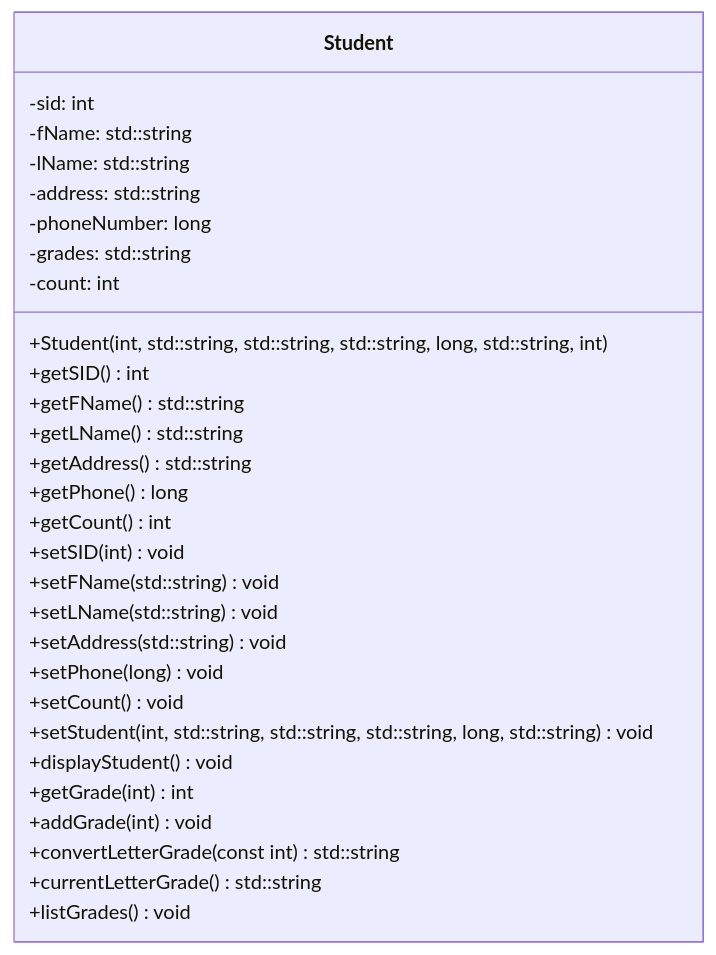
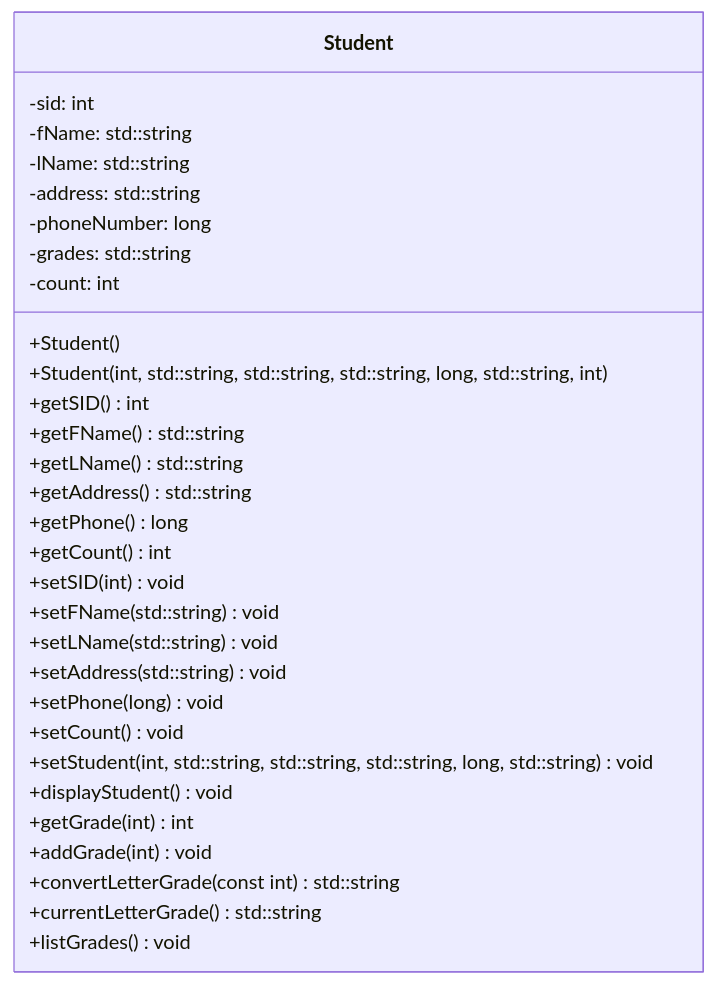
The diagram in Lab03/README.md (heimsothe/Spring-2024-OOP-Cpp-Labs), drawn with Mermaid before and after one commit.

Commit message:
[Lab03] Initial commit

````diff
--- a/Lab03/README.md
+++ b/Lab03/README.md
@@ -211,41 +211,42 @@
 ```mermaid
 %%{
   init: {
     'themeVariables': {
       'fontFamily': 'monospace'
     }
   }
 }%%
 classDiagram
     class Student {
         -sid: int
         -fName: std::string
         -lName: std::string
         -address: std::string
         -phoneNumber: long
         -grades: std::string
         -count: int
+        +Student()
         +Student(int, std::string, std::string, std::string, long, std::string, int)
         +getSID() int
         +getFName() std::string
         +getLName() std::string
         +getAddress() std::string
         +getPhone() long
         +getCount() int
 
         +setSID(int) void
         +setFName(std::string) void
         +setLName(std::string) void
         +setAddress(std::string) void
         +setPhone(long) void
         +setCount() void
         +setStudent(int, std::string, std::string, std::string, long, std::string) void
         +displayStudent() void
 
         +getGrade(int) int
         +addGrade(int) void
         +convertLetterGrade(const int) std::string
         +currentLetterGrade() std::string
         +listGrades() void
     }
 ```
````
